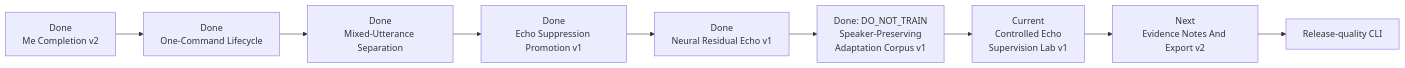
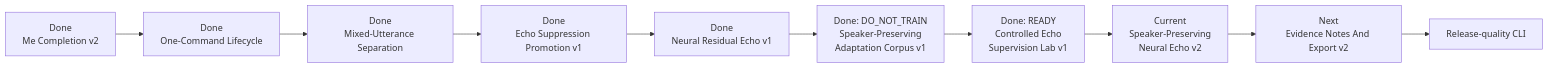
One commit to asukhodko/murmurmark changed the second of 4 diagrams in docs/roadmap/murmurmark-cli-roadmap.md. Above: the diagram before and after it, drawn with Mermaid. The commit also changed other lines of this file and 16 other files, not shown here.

Commit message:
feat: complete controlled echo supervision lab

````diff
--- a/docs/roadmap/murmurmark-cli-roadmap.md
+++ b/docs/roadmap/murmurmark-cli-roadmap.md
@@ -116,14 +115,15 @@
 ```mermaid
 flowchart LR
     P["Done<br/>Me Completion v2"]
     L["Done<br/>One-Command Lifecycle"]
     A["Done<br/>Mixed-Utterance Separation"]
     B["Done<br/>Echo Suppression Promotion v1"]
     N["Done<br/>Neural Residual Echo v1"]
     S["Done: DO_NOT_TRAIN<br/>Speaker-Preserving<br/>Adaptation Corpus v1"]
-    C["Current<br/>Controlled Echo<br/>Supervision Lab v1"]
+    C["Done: READY<br/>Controlled Echo<br/>Supervision Lab v1"]
+    E["Current<br/>Speaker-Preserving<br/>Neural Echo v2"]
     H["Next<br/>Evidence Notes And Export v2"]
     D["Release-quality CLI"]
 
-    P --> L --> A --> B --> N --> S --> C --> H --> D
+    P --> L --> A --> B --> N --> S --> C --> E --> H --> D
 ```
````
